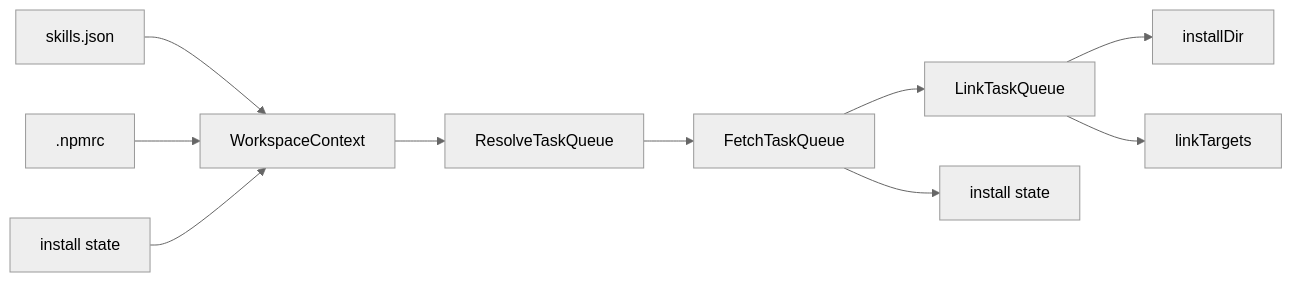
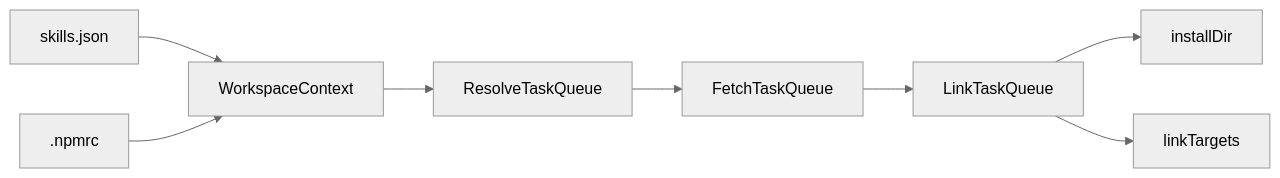
The diagram in website/docs/architecture/how-it-works.mdx (SoonIter/skills-package-manager), drawn with Mermaid (neutral theme) before and after one commit. The commit also changed other lines of this file and 31 other files, not shown here.

````diff
--- a/website/docs/architecture/how-it-works.mdx
+++ b/website/docs/architecture/how-it-works.mdx
@@ -36,12 +35,10 @@
 ```mermaid
 flowchart LR
     A["skills.json"] --> B["WorkspaceContext"]
     C[".npmrc"] --> B
-    D["install state"] --> B
     B --> E["ResolveTaskQueue"]
     E --> F["FetchTaskQueue"]
     F --> G["LinkTaskQueue"]
     G --> H["installDir"]
     G --> I["linkTargets"]
-    F --> J["install state"]
 ```
````
